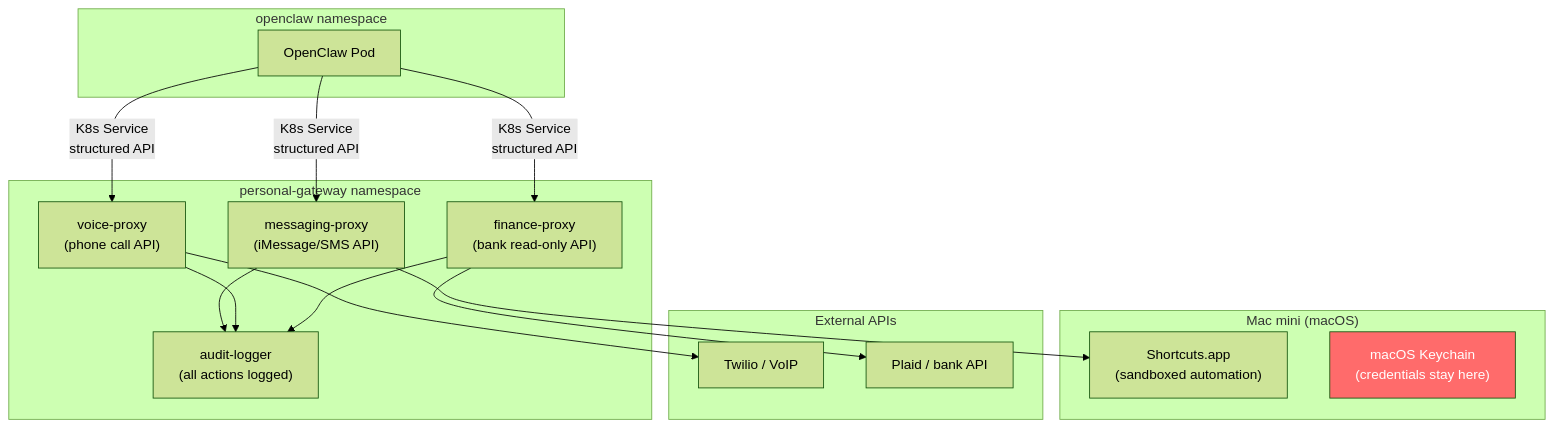
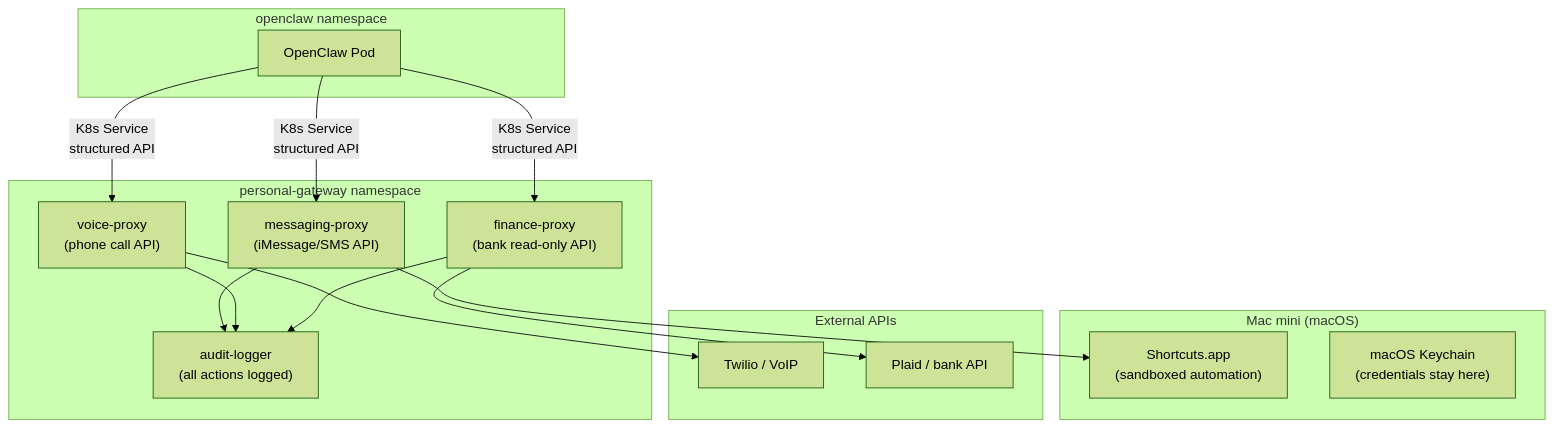
One commit to haingth77/homelab changed the sixth of 7 diagrams in docs/security.md. Above: the diagram before and after it, drawn with Mermaid (forest theme). The commit also changed other lines of this file and 4 other files, not shown here.

First line of the commit message:
fix: switch mermaid rendering to Material native format and audit diagrams (#82)

````diff
--- a/docs/security.md
+++ b/docs/security.md
@@ -497,33 +494,31 @@
 ```mermaid
 flowchart TD
     subgraph openclawNs["openclaw namespace"]
         OC["OpenClaw Pod"]
     end
 
     subgraph gatewayNs["personal-gateway namespace"]
         MsgGW["messaging-proxy\n(iMessage/SMS API)"]
         CallGW["voice-proxy\n(phone call API)"]
         BankGW["finance-proxy\n(bank read-only API)"]
         AuditLog["audit-logger\n(all actions logged)"]
     end
 
     subgraph host["Mac mini (macOS)"]
         Shortcuts["Shortcuts.app\n(sandboxed automation)"]
         Keychain["macOS Keychain\n(credentials stay here)"]
     end
 
     subgraph external["External APIs"]
         Twilio["Twilio / VoIP"]
         Plaid["Plaid / bank API"]
     end
 
     OC -- "K8s Service\nstructured API" --> MsgGW
     OC -- "K8s Service\nstructured API" --> CallGW
     OC -- "K8s Service\nstructured API" --> BankGW
     MsgGW --> Shortcuts
     CallGW --> Twilio
     BankGW --> Plaid
     MsgGW & CallGW & BankGW --> AuditLog
-
-    style Keychain fill:#ff6b6b,color:#fff
 ```
````
